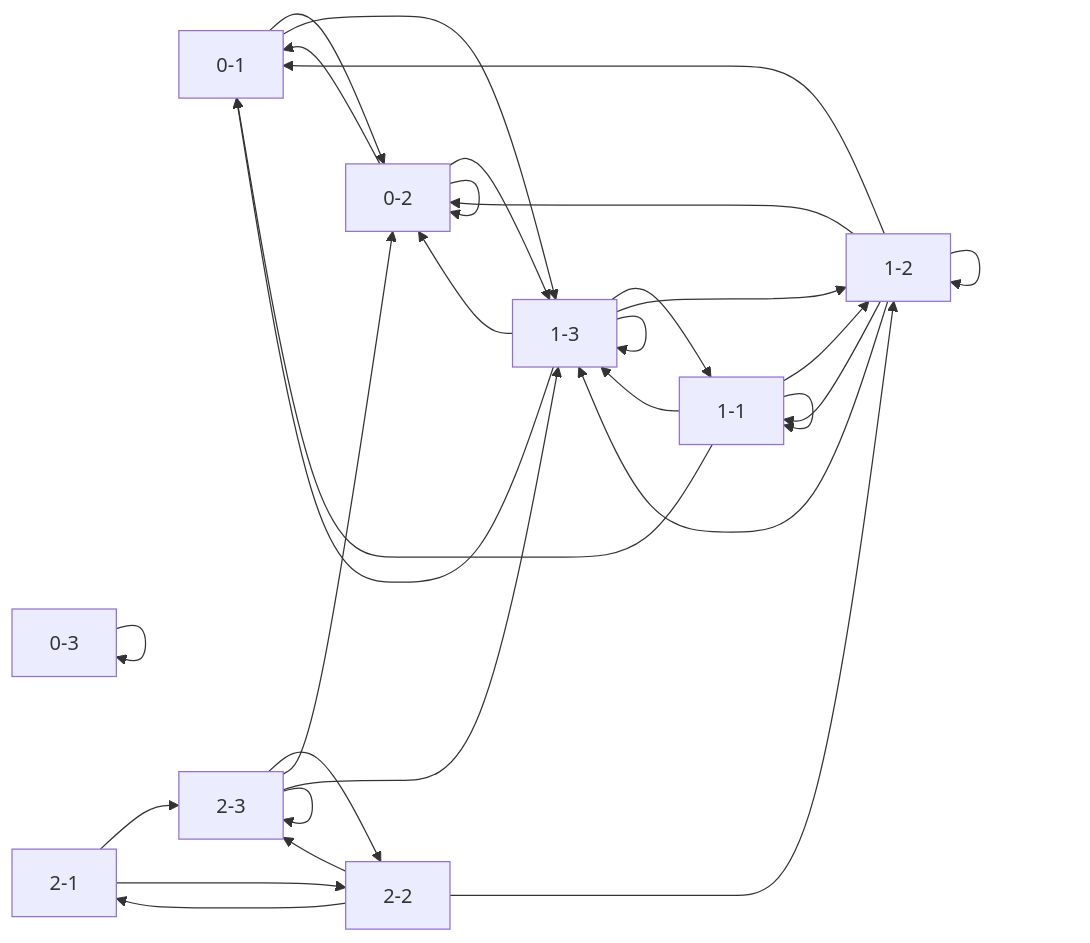
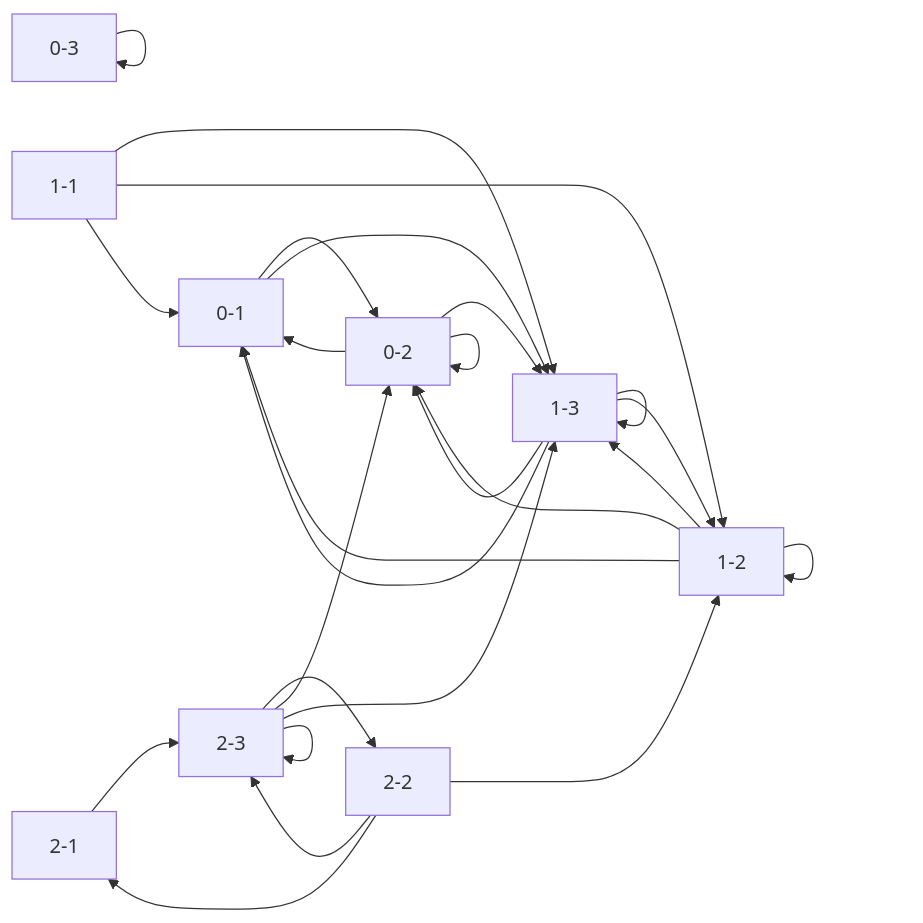
Before and after one commit to formkk/Ashport_Ourdream: the diagram in tools/ref_graph.mmd, drawn with Mermaid. The commit also changed 20 other files, not shown here.

```diff
--- a/tools/ref_graph.mmd
+++ b/tools/ref_graph.mmd
@@ -1,42 +1,38 @@
 graph LR
     0-1["0-1"]
     0-2["0-2"]
     0-3["0-3"]
     1-1["1-1"]
     1-2["1-2"]
     1-3["1-3"]
     2-1["2-1"]
     2-2["2-2"]
     2-3["2-3"]
 
     0-1 --> 0-2
     0-1 --> 1-3
     0-2 --> 0-2
     0-2 --> 0-1
     0-2 --> 1-3
     0-3 --> 0-3
     1-1 --> 1-3
     1-1 --> 1-2
     1-1 --> 0-1
-    1-1 --> 1-1
     1-2 --> 1-3
     1-2 --> 0-2
-    1-2 --> 1-1
+    1-2 --> 1-2
     1-2 --> 0-1
-    1-2 --> 1-2
     1-3 --> 1-3
-    1-3 --> 1-1
+    1-3 --> 1-2
     1-3 --> 0-2
-    1-3 --> 1-2
     1-3 --> 0-1
     2-1 --> 2-3
-    2-1 --> 2-2
     2-2 --> 2-3
     2-2 --> 2-1
     2-2 --> 1-2
     2-3 --> 2-3
     2-3 --> 2-2
     2-3 --> 0-2
     2-3 --> 1-3
 
 %% 断链引用
```
